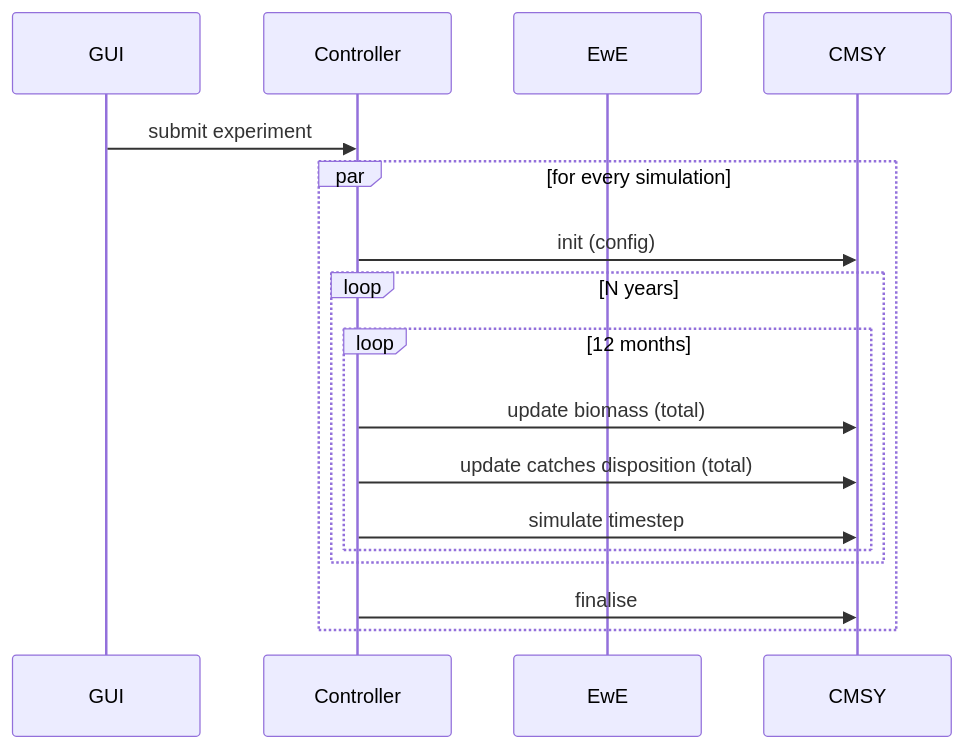
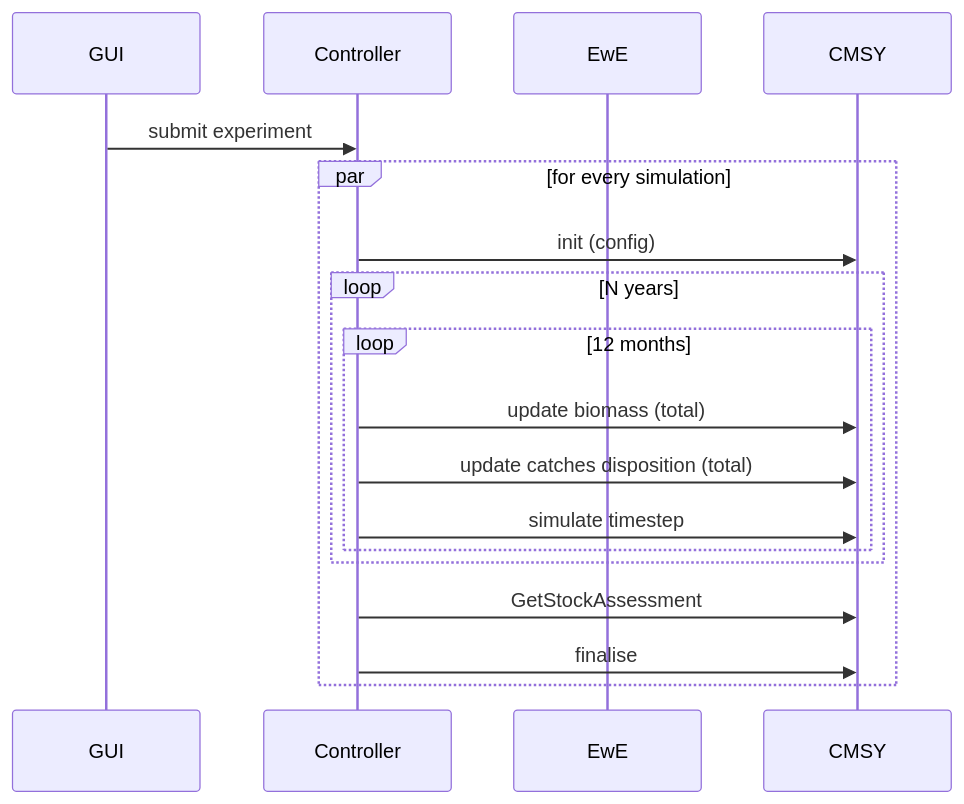
One commit to SURIMI-Project/SURIMI-project changed the diagram in deliverables/D3.6 - CMSY++ assessment model/D3.6 - CMSY++ assessment model.md. Above: the diagram before and after it, drawn with Mermaid. The commit also changed other lines of this file, not shown here.

Commit message:
updated CMSY++

````diff
--- a/deliverables/D3.6 - CMSY++ assessment model/D3.6 - CMSY++ assessment model.md
+++ b/deliverables/D3.6 - CMSY++ assessment model/D3.6 - CMSY++ assessment model.md
@@ -30,28 +30,29 @@
 ```mermaid
 
  sequenceDiagram
 
     participant GUI
     participant Controller
     participant EwE
     participant CMSY
 
     %% Initialisation %%
     %% this is the init %%
     GUI ->> Controller: submit experiment
     par for every simulation
     Controller ->> CMSY: init (config)
 
     %% Simulation %%
     %% starting the simulation %%
 
     loop N years
         loop 12 months
             Controller ->> CMSY: update biomass (total)
             Controller ->> CMSY: update catches disposition (total)
             Controller ->> CMSY: simulate timestep
         end
     end
+    Controller ->> CMSY: GetStockAssessment
     Controller ->> CMSY: finalise
 end
 ```
````
